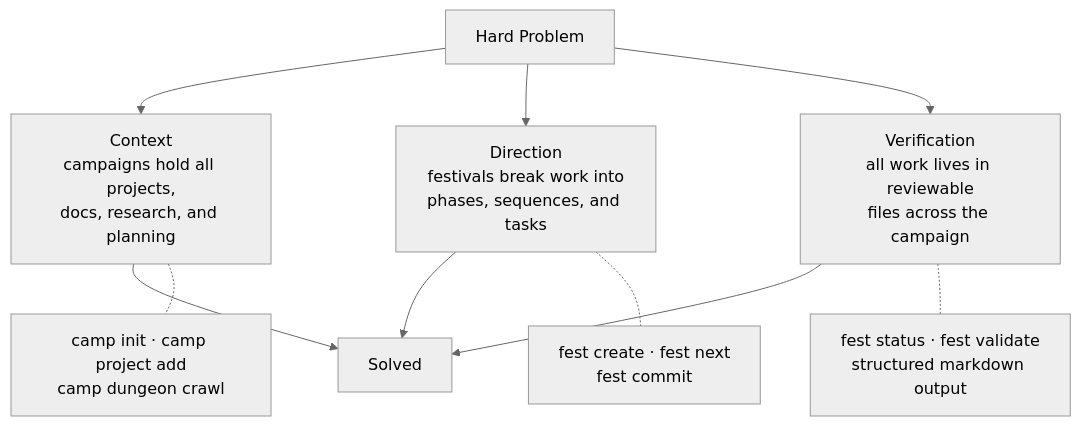
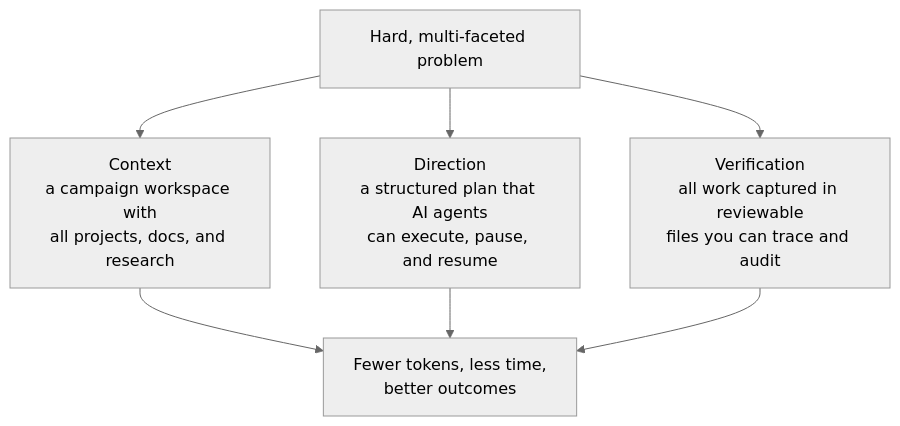
The diagram in README.md (Obedience-Corp/festival), drawn with Mermaid (neutral theme) before and after one commit.

Commit message:
[OBEY-CAMPAIGN-8deed8b4] strip CLI commands from diagram - high level value prop only

````diff
--- a/README.md
+++ b/README.md
@@ -11,16 +11,12 @@
 ```mermaid
 graph TD
-    HP["Hard Problem"]
+    HP["Hard, multi-faceted problem"]
 
-    HP --> C["Context<br/>campaigns hold all projects,<br/>docs, research, and planning"]
-    HP --> D["Direction<br/>festivals break work into<br/>phases, sequences, and tasks"]
-    HP --> V["Verification<br/>all work lives in reviewable<br/>files across the campaign"]
+    HP --> C["Context<br/>a campaign workspace with<br/>all projects, docs, and research"]
+    HP --> D["Direction<br/>a structured plan that AI agents<br/>can execute, pause, and resume"]
+    HP --> V["Verification<br/>all work captured in reviewable<br/>files you can trace and audit"]
 
-    C --> S["Solved"]
-    D --> S
-    V --> S
-
-    C -.- CT["camp init · camp project add<br/>camp dungeon crawl"]
-    D -.- DT["fest create · fest next<br/>fest commit"]
-    V -.- VT["fest status · fest validate<br/>structured markdown output"]
+    C --> O["Fewer tokens, less time,<br/>better outcomes"]
+    D --> O
+    V --> O
 ```
````
